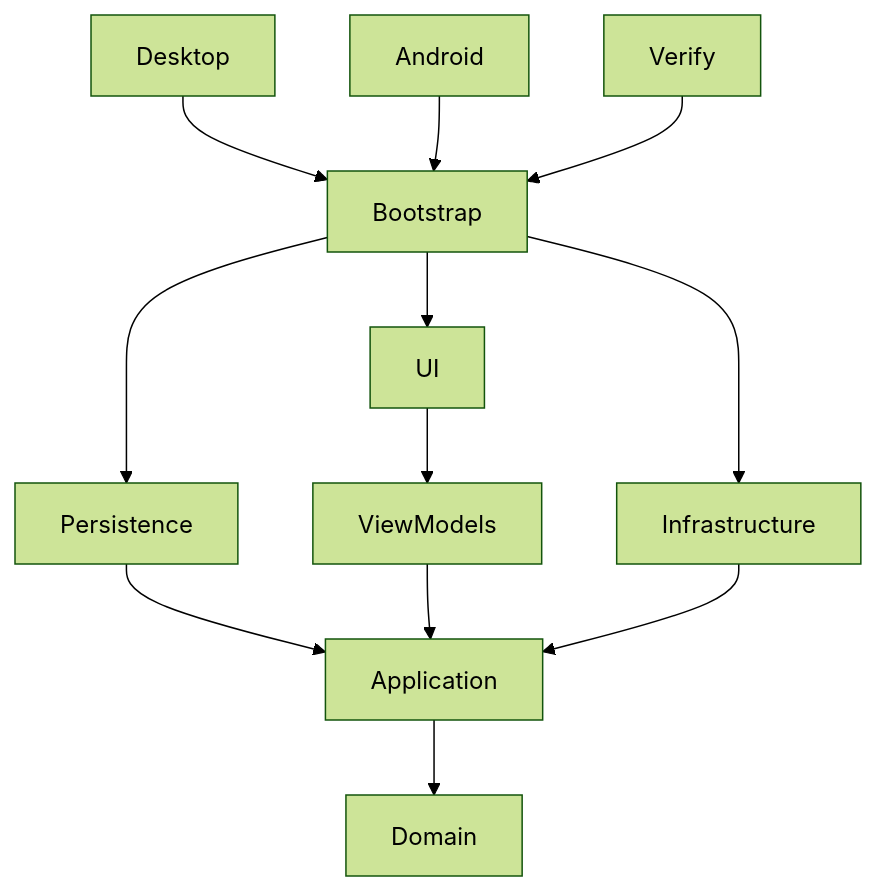
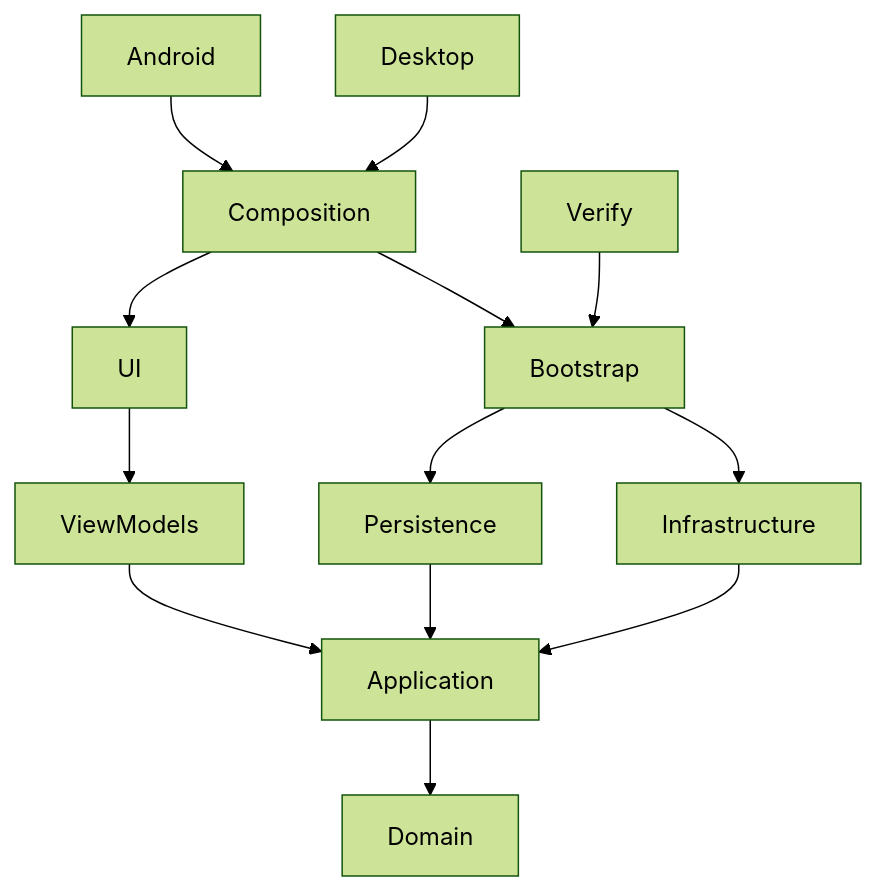
One commit to Volodya1000/maps changed the diagram in docs/architecture.md. Above: the diagram before and after it, drawn with Mermaid (forest theme). The commit also changed other lines of this file and 50 other files, not shown here.

````diff
--- a/docs/architecture.md
+++ b/docs/architecture.md
@@ -3,14 +3,15 @@
 ```mermaid
 graph TD
- Desktop --> Bootstrap
- Android --> Bootstrap
+ Desktop --> Composition
+ Android --> Composition
  Verify --> Bootstrap
- Bootstrap --> UI
+ Composition --> Bootstrap
+ Composition --> UI
  Bootstrap --> Infrastructure
  Bootstrap --> Persistence
  Persistence --> Application
  UI --> ViewModels
  ViewModels --> Application
  Infrastructure --> Application
  Application --> Domain
 ```
````
